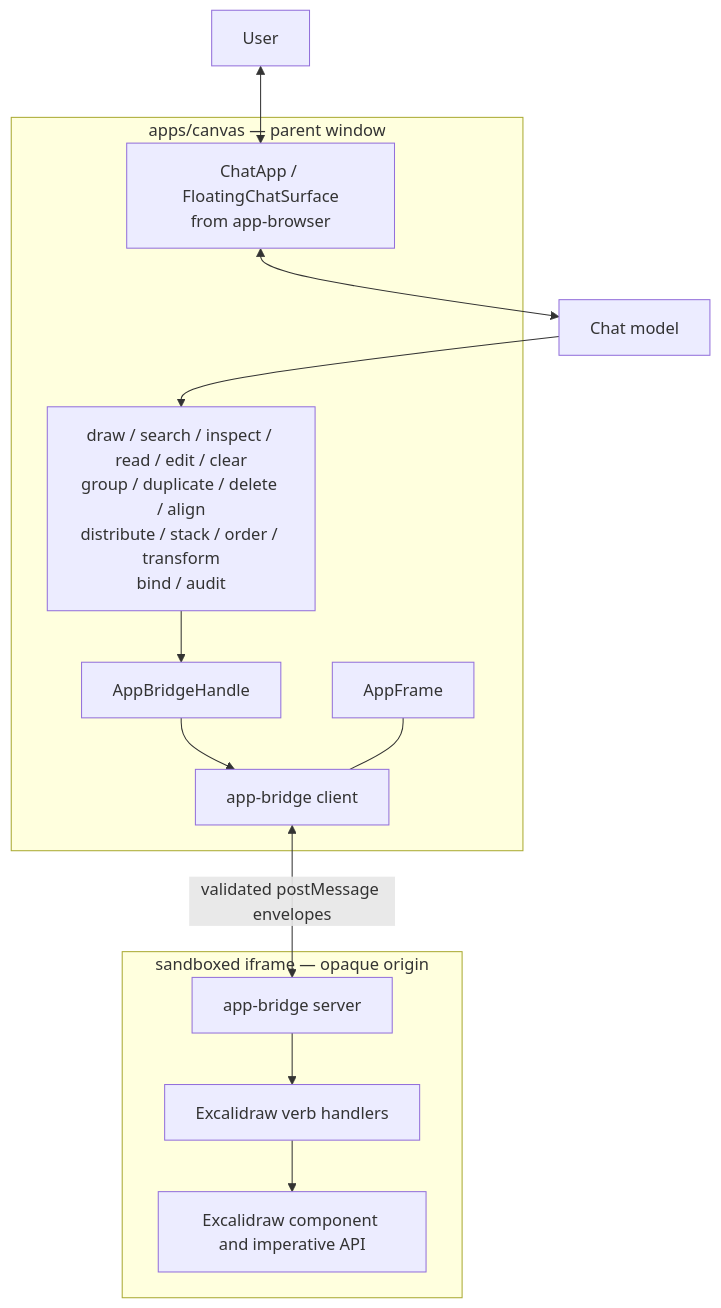
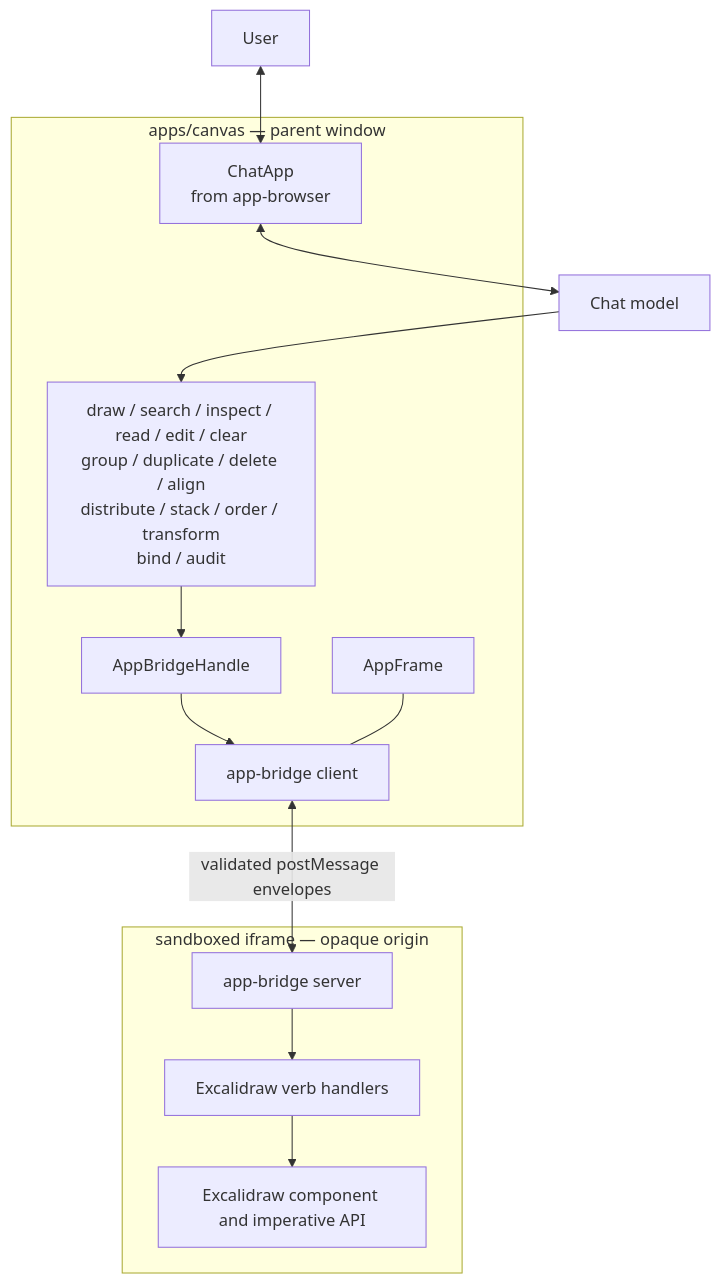
One commit to NNTin/tinytinkerer changed the second of 12 diagrams in docs/app-harness.md. Above: the diagram before and after it, drawn with Mermaid. The commit also changed other lines of this file and 7 other files, not shown here.

````diff
--- a/docs/app-harness.md
+++ b/docs/app-harness.md
@@ -70,29 +70,29 @@
 ```mermaid
 flowchart TB
   user[User]
   model[Chat model]
 
   subgraph shell["apps/canvas — parent window"]
-    chat["ChatApp / FloatingChatSurface<br/>from app-browser"]
+    chat["ChatApp<br/>from app-browser"]
     tools["draw / search / inspect / read / edit / clear<br/>group / duplicate / delete / align<br/>distribute / stack / order / transform<br/>bind / audit"]
     handle["AppBridgeHandle"]
     client["app-bridge client"]
     frame["AppFrame"]
   end
 
   subgraph iframe["sandboxed iframe — opaque origin"]
     server["app-bridge server"]
     handlers["Excalidraw verb handlers"]
     component["Excalidraw component and imperative API"]
   end
 
   user <--> chat
   chat <--> model
   model --> tools
   tools --> handle
   handle --> client
   client <-->|"validated postMessage envelopes"| server
   frame --- client
   server --> handlers
   handlers --> component
 ```
````
